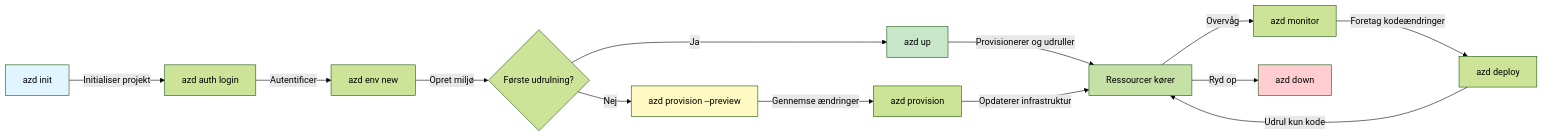
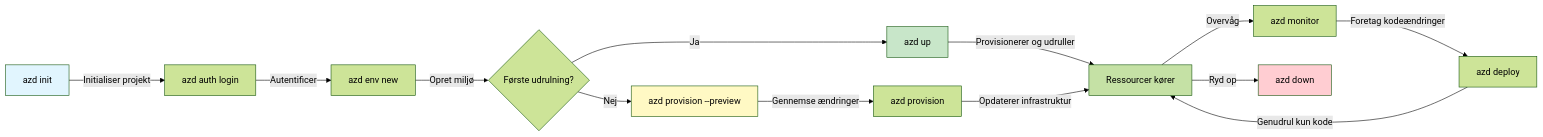
The first of 2 diagrams in translations/da/docs/chapter-01-foundation/azd-basics.md (microsoft/AZD-for-beginners), drawn with Mermaid (forest theme) before and after one commit. The commit also changed other lines of this file and 101 other files, not shown here.

````diff
--- a/translations/da/docs/chapter-01-foundation/azd-basics.md
+++ b/translations/da/docs/chapter-01-foundation/azd-basics.md
@@ -269,21 +269,21 @@
 ```mermaid
 graph LR
     A[azd init] -->|Initialiser projekt| B[azd auth login]
     B -->|Autentificer| C[azd env new]
     C -->|Opret miljø| D{Første udrulning?}
     D -->|Ja| E[azd up]
     D -->|Nej| F[azd provision --preview]
     F -->|Gennemse ændringer| G[azd provision]
     E -->|Provisionerer og udruller| H[Ressourcer kører]
     G -->|Opdaterer infrastruktur| H
     H -->|Overvåg| I[azd monitor]
     I -->|Foretag kodeændringer| J[azd deploy]
-    J -->|Udrul kun kode| H
+    J -->|Genudrul kun kode| H
     H -->|Ryd op| K[azd down]
     
     style A fill:#e1f5fe
     style E fill:#c8e6c9
     style F fill:#fff9c4
     style H fill:#c5e1a5
     style K fill:#ffcdd2
 ```
````
